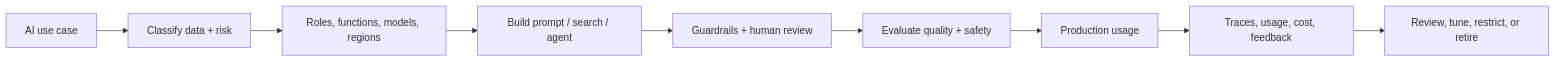
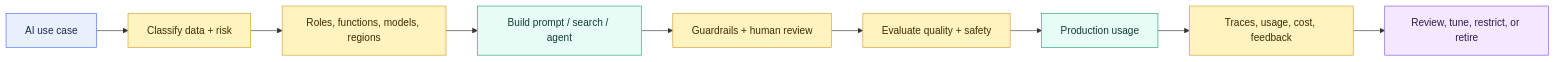
Before and after one commit to shonningsoy/Upskill: the diagram in 01 Snowflake/05 Advanced Analytics and AI/39 AI Governance, Guardrails, Observability, and Cost.md, drawn with Mermaid. The commit also changed other lines of this file and 12 other files, not shown here.

Commit message:
Improve Snowflake analytics and AI readability

````diff
--- a/01 Snowflake/05 Advanced Analytics and AI/39 AI Governance, Guardrails, Observability, and Cost.md
+++ b/01 Snowflake/05 Advanced Analytics and AI/39 AI Governance, Guardrails, Observability, and Cost.md
@@ -73,11 +76,21 @@
 ```mermaid
 flowchart LR
     USECASE[AI use case] --> CLASSIFY[Classify data + risk]
     CLASSIFY --> ACCESS[Roles, functions, models, regions]
     ACCESS --> BUILD[Build prompt / search / agent]
     BUILD --> GUARD[Guardrails + human review]
     GUARD --> EVAL[Evaluate quality + safety]
     EVAL --> RUN[Production usage]
     RUN --> OBS[Traces, usage, cost, feedback]
     OBS --> IMPROVE[Review, tune, restrict, or retire]
+
+    classDef input fill:#E8F0FE,stroke:#4C6EF5,color:#172B4D
+    classDef control fill:#FFF3BF,stroke:#D69E2E,color:#3D2E00
+    classDef snowflake fill:#E6FCF5,stroke:#2F9E7B,color:#123C34
+    classDef platform fill:#F1F3F5,stroke:#868E96,color:#212529
+    classDef output fill:#F3E8FF,stroke:#805AD5,color:#2D1B4E
+    class USECASE input
+    class BUILD,RUN snowflake
+    class CLASSIFY,ACCESS,GUARD,EVAL,OBS control
+    class IMPROVE output
 ```
````
